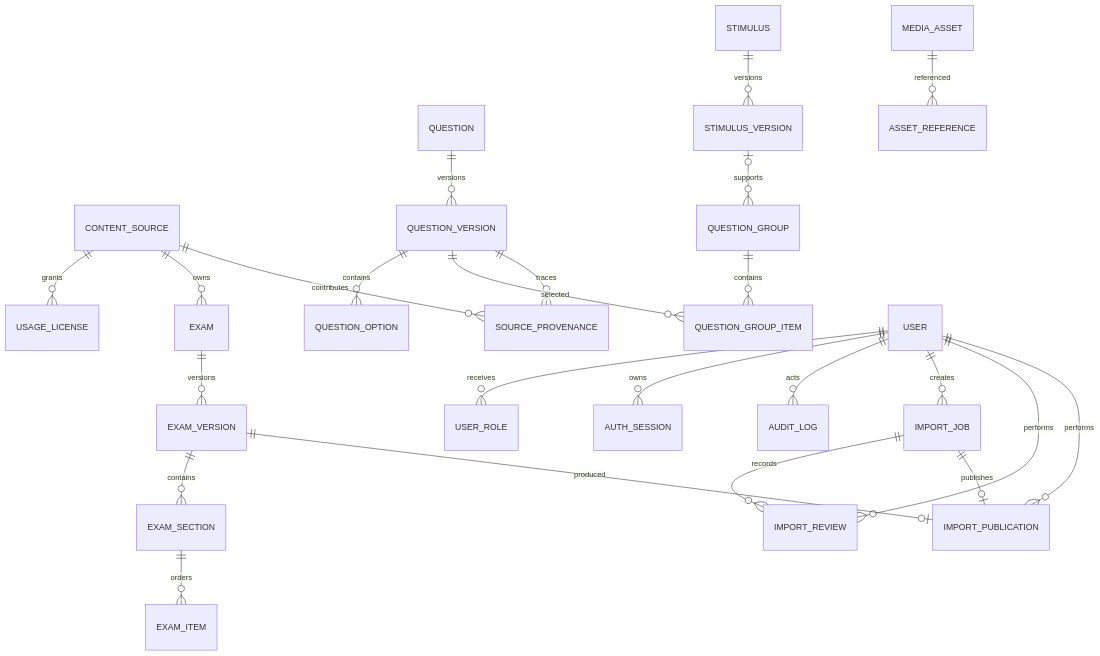
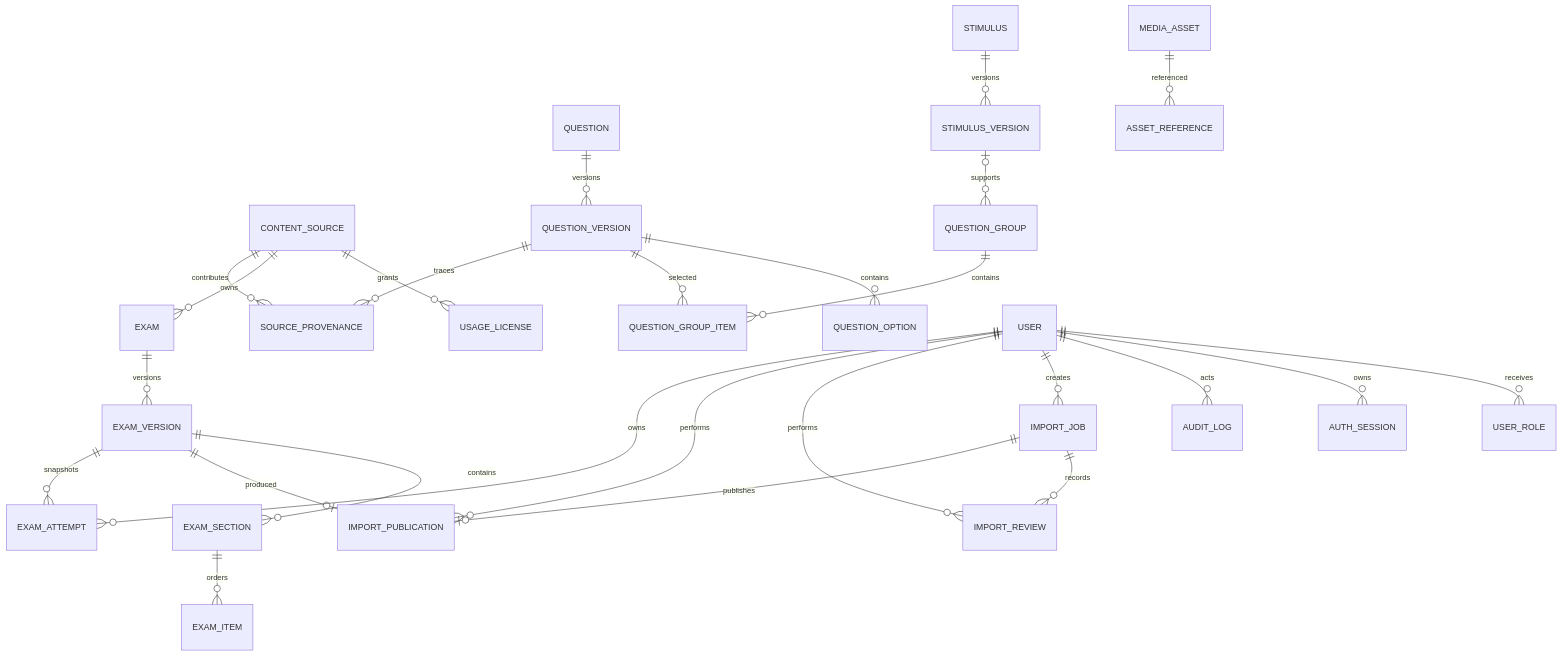
Before and after one commit to Datkoishi/martinlearningsystems: the diagram in docs/DATA_MODEL.md, drawn with Mermaid. The commit also changed other lines of this file and 38 other files, not shown here.

Commit message:
feat(player): add published exam attempt snapshots

````diff
--- a/docs/DATA_MODEL.md
+++ b/docs/DATA_MODEL.md
@@ -5,26 +5,28 @@
 ```mermaid
 erDiagram
   CONTENT_SOURCE ||--o{ USAGE_LICENSE : grants
   CONTENT_SOURCE ||--o{ EXAM : owns
   EXAM ||--o{ EXAM_VERSION : versions
   EXAM_VERSION ||--o{ EXAM_SECTION : contains
   EXAM_SECTION ||--o{ EXAM_ITEM : orders
   QUESTION ||--o{ QUESTION_VERSION : versions
   QUESTION_VERSION ||--o{ QUESTION_OPTION : contains
   STIMULUS ||--o{ STIMULUS_VERSION : versions
   STIMULUS_VERSION o|--o{ QUESTION_GROUP : supports
   QUESTION_GROUP ||--o{ QUESTION_GROUP_ITEM : contains
   QUESTION_VERSION ||--o{ QUESTION_GROUP_ITEM : selected
   MEDIA_ASSET ||--o{ ASSET_REFERENCE : referenced
   QUESTION_VERSION ||--o{ SOURCE_PROVENANCE : traces
   CONTENT_SOURCE ||--o{ SOURCE_PROVENANCE : contributes
   USER ||--o{ USER_ROLE : receives
   USER ||--o{ AUTH_SESSION : owns
   USER ||--o{ AUDIT_LOG : acts
   USER ||--o{ IMPORT_JOB : creates
   IMPORT_JOB ||--o{ IMPORT_REVIEW : records
   IMPORT_JOB ||--o| IMPORT_PUBLICATION : publishes
   USER ||--o{ IMPORT_REVIEW : performs
   USER ||--o{ IMPORT_PUBLICATION : performs
   EXAM_VERSION ||--o| IMPORT_PUBLICATION : produced
+  USER ||--o{ EXAM_ATTEMPT : owns
+  EXAM_VERSION ||--o{ EXAM_ATTEMPT : snapshots
 ```
````
